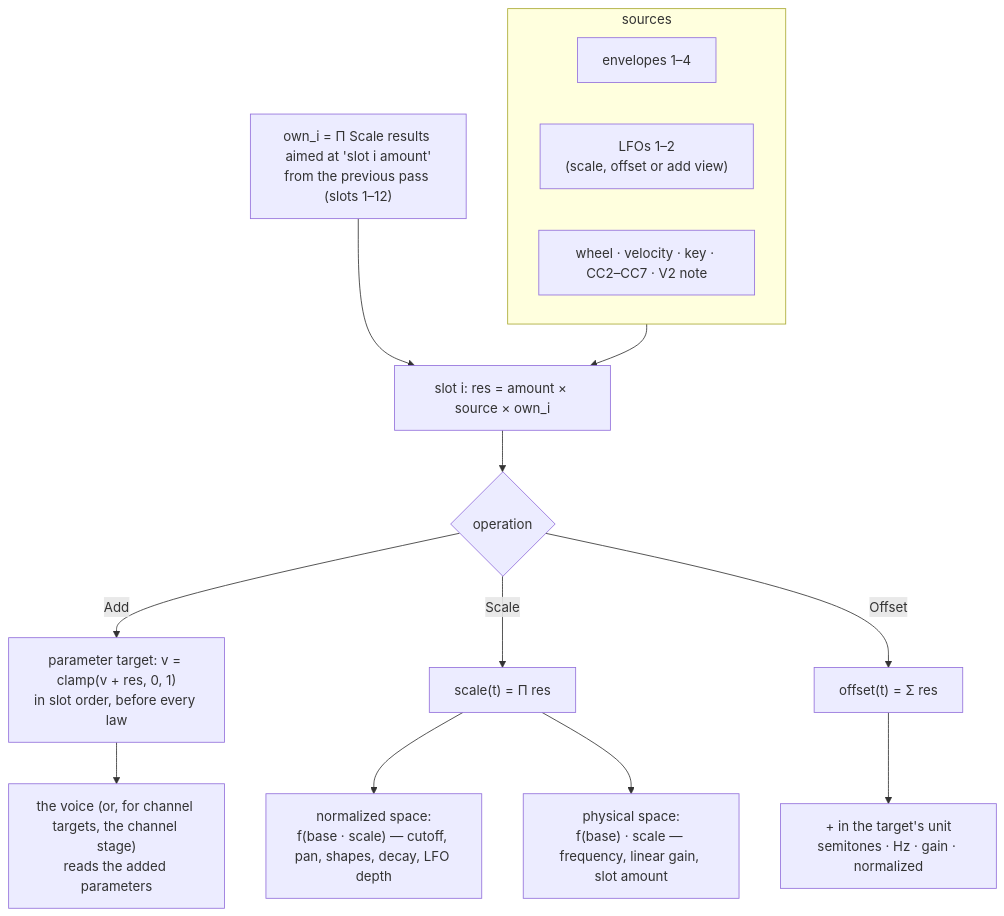
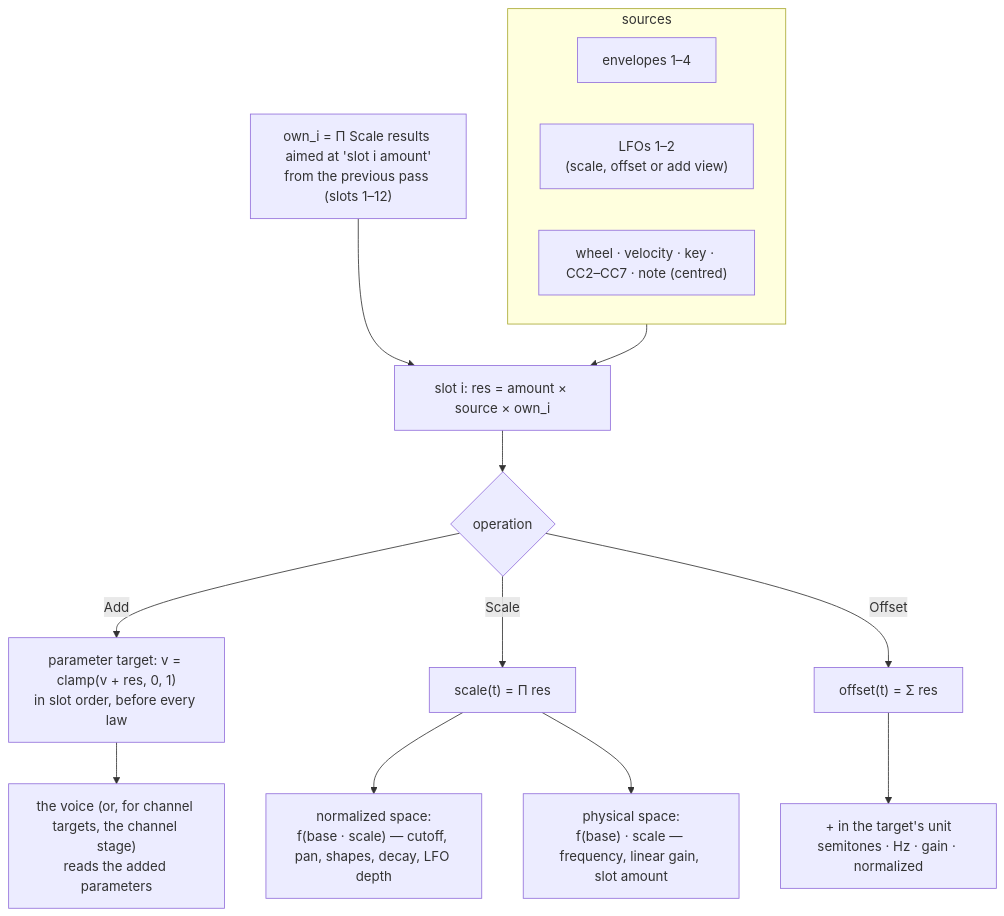
One commit to unisynth/unisynth changed the sixth of 16 diagrams in docs/synth/unisynth.md. Above: the diagram before and after it, drawn with Mermaid. The commit also changed other lines of this file and 6 other files, not shown here.

````diff
--- a/docs/synth/unisynth.md
+++ b/docs/synth/unisynth.md
@@ -297,18 +313,18 @@
 ```mermaid
 flowchart TD
     subgraph sources
         e["envelopes 1–4"]
         l["LFOs 1–2<br/>(scale, offset or add view)"]
-        w["wheel · velocity · key · CC2–CC7 · V2 note"]
+        w["wheel · velocity · key · CC2–CC7 · note (centred)"]
     end
     sources --> slot["slot i: res = amount × source × own_i"]
     own["own_i = Π Scale results aimed at 'slot i amount'<br/>from the previous pass (slots 1–12)"] --> slot
     slot --> op{"operation"}
     op -->|Add| add["parameter target: v = clamp(v + res, 0, 1)<br/>in slot order, before every law"]
     add --> base["the voice (or, for channel targets, the channel stage)<br/>reads the added parameters"]
     op -->|Scale| prod["scale(t) = Π res"]
     op -->|Offset| sum["offset(t) = Σ res"]
     prod --> norm["normalized space:<br/>f(base · scale) — cutoff, pan, shapes, decay, LFO depth"]
     prod --> phys["physical space:<br/>f(base) · scale — frequency, linear gain, slot amount"]
     sum --> unit["+ in the target's unit<br/>semitones · Hz · gain · normalized"]
 ```
````
